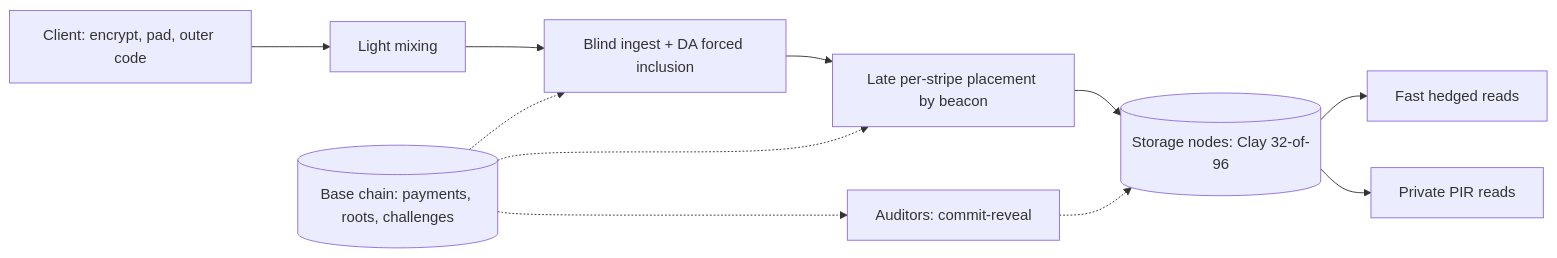
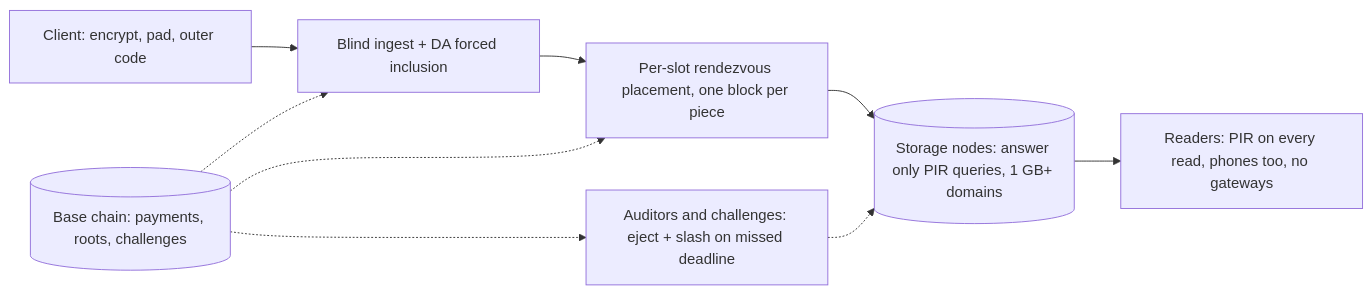
Before and after one commit to qphe95/holoweave: the diagram in docs/design.md, drawn with Mermaid. The commit also changed other lines of this file and 29 other files, not shown here.

````diff
--- a/docs/design.md
+++ b/docs/design.md
@@ -59,13 +59,11 @@
 ```mermaid
 flowchart LR
-  C[Client: encrypt, pad, outer code] --> M[Light mixing]
-  M --> I[Blind ingest + DA forced inclusion]
-  I --> P[Late per-stripe placement by beacon]
-  P --> S[(Storage nodes: Clay 32-of-96)]
-  S --> F[Fast hedged reads]
-  S --> R[Private PIR reads]
-  A[Auditors: commit-reveal] -.-> S
+  C[Client: encrypt, pad, outer code] --> I[Blind ingest + DA forced inclusion]
+  I --> P[Per-slot rendezvous placement, one block per piece]
+  P --> S[(Storage nodes: answer only PIR queries, 1 GB+ domains)]
+  S --> R[Readers: PIR on every read, phones too, no gateways]
+  A[Auditors and challenges: eject + slash on missed deadline] -.-> S
   B[(Base chain: payments, roots, challenges)] -.-> I
   B -.-> P
   B -.-> A
 ```
````
